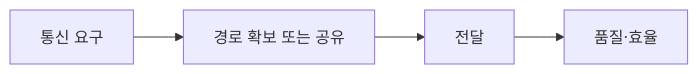
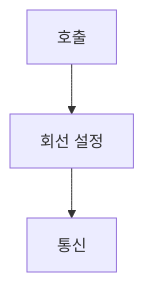
The diagram in ComputerScience/04_systems-infrastructure/computer-networks/notes/05. 통신망과 특징.md (umyunsang/edu), drawn with Mermaid before and after one commit. The commit also changed other lines of this file and 14 other files, not shown here.

````diff
--- a/ComputerScience/04_systems-infrastructure/computer-networks/notes/05. 통신망과 특징.md
+++ b/ComputerScience/04_systems-infrastructure/computer-networks/notes/05. 통신망과 특징.md
@@ -16,6 +19,5 @@
 ```mermaid
-flowchart LR
-    A["통신 요구"] --> B["경로 확보 또는 공유"]
-    B --> C["전달"]
-    C --> D["품질·효율"]
+flowchart TB
+    A[호출] --> B[회선 설정]
+    B --> C[통신]
 ```
````
